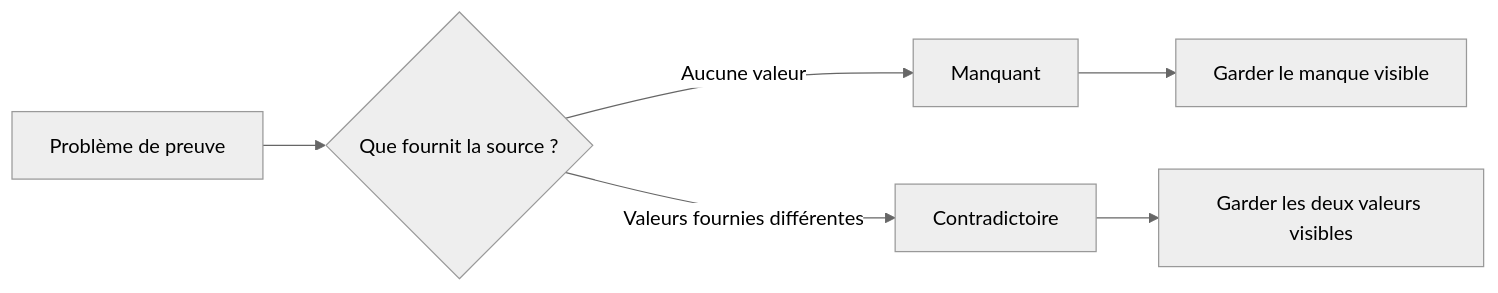
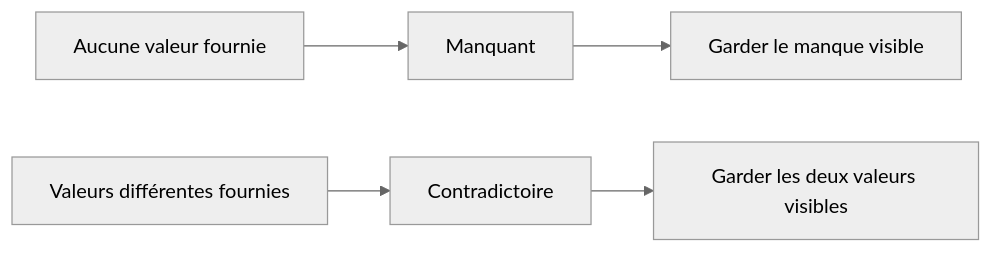
One commit to Ange230700/ibm-ai-foundations-for-everyone-notes changed the diagram in teaching/visuals/s04/fr/gap-vs-conflict.mmd. Above: the diagram before and after it, drawn with Mermaid (neutral theme). The commit also changed 12 other files, not shown here.

```diff
--- a/teaching/visuals/s04/fr/gap-vs-conflict.mmd
+++ b/teaching/visuals/s04/fr/gap-vs-conflict.mmd
@@ -1,6 +1,3 @@
 flowchart LR
- A["Problème de preuve"] --> B{"Que fournit la source ?"}
- B -- "Aucune valeur" --> C["Manquant"]
- B -- "Valeurs fournies différentes" --> D["Contradictoire"]
- C --> E["Garder le manque visible"]
- D --> F["Garder les deux valeurs visibles"]
+ A["Aucune valeur fournie"] --> B["Manquant"] --> C["Garder le manque visible"]
+ D["Valeurs différentes fournies"] --> E["Contradictoire"] --> F["Garder les deux valeurs visibles"]
```
